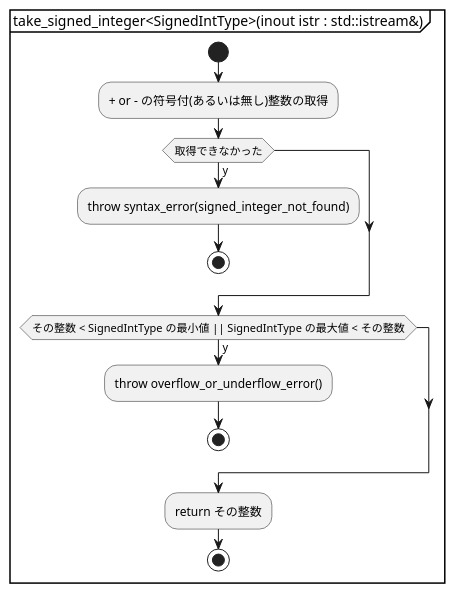
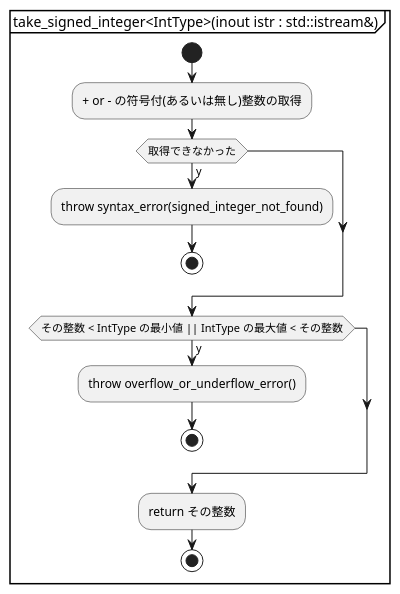
One commit to KodaiYM/PDFReader changed the tenth of 11 diagrams in document/parser.activity.pu. Above: the diagram before and after it, drawn with PlantUML. The commit also changed other lines of this file and 1 other file, not shown here.

Commit message:
take_signed_integer, take_unsigned_integer の仕様書のテンプレート型をいずれも IntType に変更（ソースコードに合わせて。）

```diff
--- a/document/parser.activity.pu
+++ b/document/parser.activity.pu
@@ -224,16 +224,16 @@
 @startuml take_signed_integer
-partition "take_signed_integer<SignedIntType>(inout istr : std::istream&)" {
+partition "take_signed_integer<IntType>(inout istr : std::istream&)" {
 start
 	:+ or - の符号付(あるいは無し)整数の取得;
 	if (取得できなかった) then (y)
 		:throw syntax_error(signed_integer_not_found);
 		stop
 	endif
-	if (その整数 < SignedIntType の最小値 || SignedIntType の最大値 < その整数) then (y)
+	if (その整数 < IntType の最小値 || IntType の最大値 < その整数) then (y)
 		:throw overflow_or_underflow_error();
 		stop
 	endif
 	:return その整数;
 stop
 }
 @enduml
```
